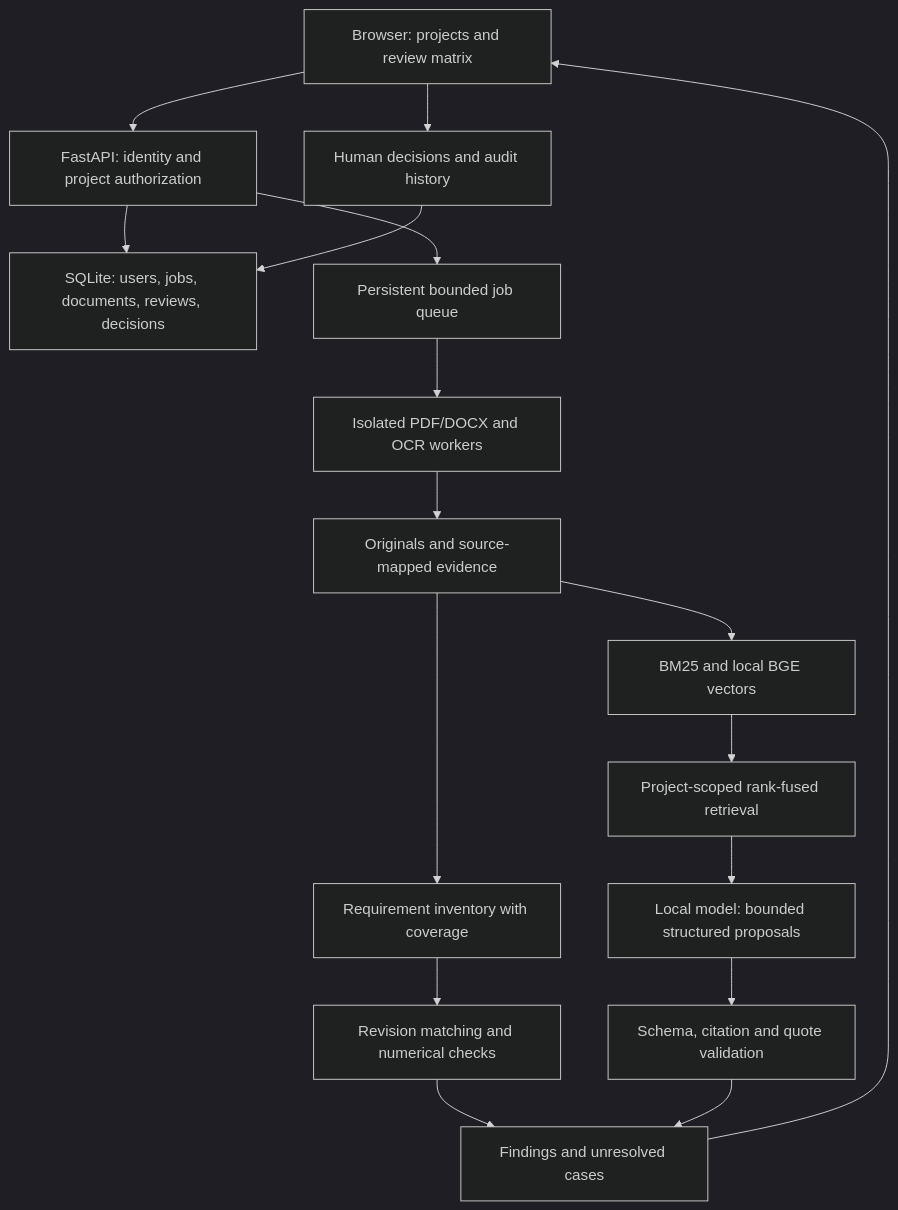
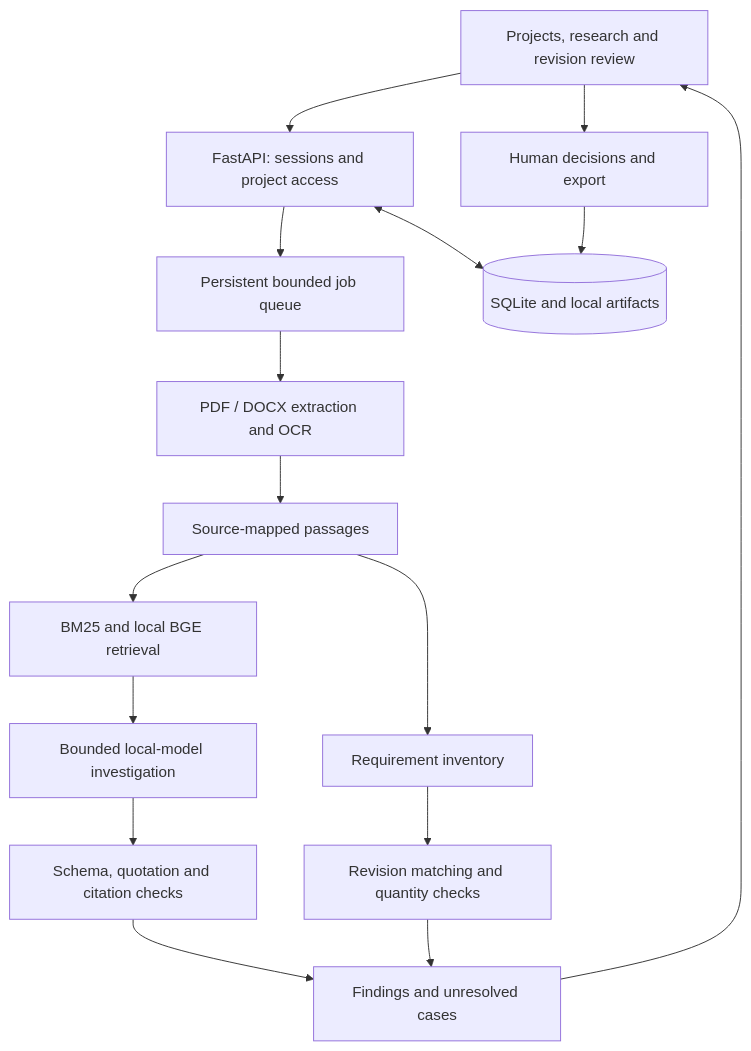
The diagram in README.md (ryash14/aegis-x), drawn with Mermaid before and after one commit. The commit also changed other lines of this file and 5 other files, not shown here.

Commit message:
docs: explain purpose, architecture, usage and contribution workflow

````diff
--- a/README.md
+++ b/README.md
@@ -7,20 +43,18 @@
 ```mermaid
-%%{init: {'theme': 'dark'}}%%
-flowchart TD
-    UI[Browser: projects and review matrix] --> API[FastAPI: identity and project authorization]
-    API --> DB[SQLite: users, jobs, documents, reviews, decisions]
-    API --> Q[Persistent bounded job queue]
-    Q --> ING[Isolated PDF/DOCX and OCR workers]
-    ING --> SRC[Originals and source-mapped evidence]
-    SRC --> REQ[Requirement inventory with coverage]
-    REQ --> MATCH[Revision matching and numerical checks]
-    MATCH --> FIND[Findings and unresolved cases]
-    SRC --> IDX[BM25 and local BGE vectors]
-    IDX --> RET[Project-scoped rank-fused retrieval]
-    RET --> MODEL[Local model: bounded structured proposals]
-    MODEL --> VALID[Schema, citation and quote validation]
-    VALID --> FIND
-    FIND --> UI
-    UI --> DEC[Human decisions and audit history]
-    DEC --> DB
+flowchart TB
+    Browser["Projects, research and revision review"] --> API["FastAPI: sessions and project access"]
+    API --> Jobs["Persistent bounded job queue"]
+    Jobs --> Parse["PDF / DOCX extraction and OCR"]
+    Parse --> Evidence["Source-mapped passages"]
+    Evidence --> Search["BM25 and local BGE retrieval"]
+    Search --> Research["Bounded local-model investigation"]
+    Research --> Validate["Schema, quotation and citation checks"]
+    Evidence --> Inventory["Requirement inventory"]
+    Inventory --> Compare["Revision matching and quantity checks"]
+    Validate --> Findings["Findings and unresolved cases"]
+    Compare --> Findings
+    Findings --> Browser
+    Browser --> Decisions["Human decisions and export"]
+    API <--> Store[("SQLite and local artifacts")]
+    Decisions --> Store
 ```
````
